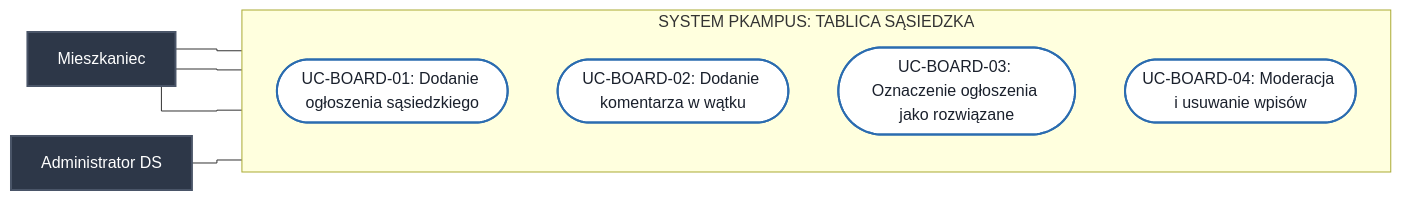
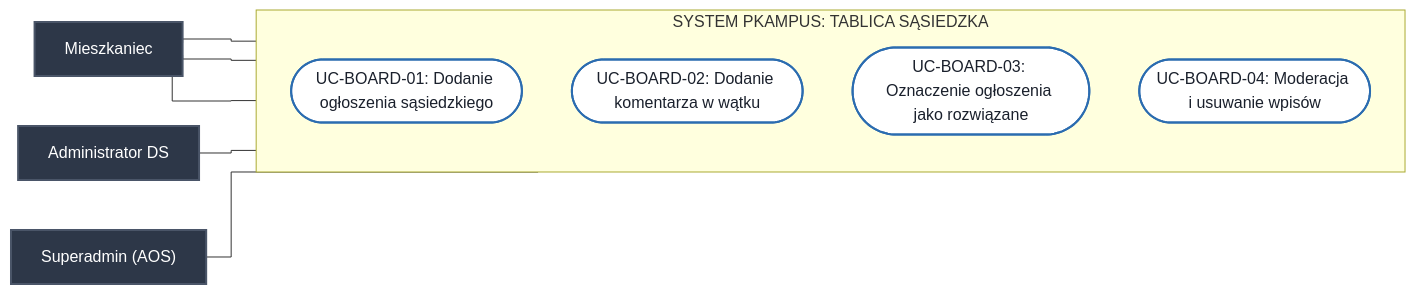
One commit to Buczy8/PKampus changed the sixth of 8 diagrams in Docs/Diagramy_Przypadkow_Uzycia.md. Above: the diagram before and after it, drawn with Mermaid. The commit also changed other lines of this file and 5 other files, not shown here.

Commit message:
docs: update C4 diagrams and ERD to clarify roles and interactions, including Superadmin responsibilities and user registration details

````diff
--- a/Docs/Diagramy_Przypadkow_Uzycia.md
+++ b/Docs/Diagramy_Przypadkow_Uzycia.md
@@ -219,24 +220,26 @@
 ```mermaid
 %%{init: {'flowchart': {'curve': 'stepBefore'}}}%%
 flowchart LR
     classDef actorStyle fill:#2d3748,stroke:#4a5568,stroke-width:2px,color:#fff;
     classDef ucStyle fill:#fff,stroke:#2b6cb0,stroke-width:2px,color:#1a202c;
 
     Student["Mieszkaniec"]:::actorStyle
 
     subgraph System_Board ["SYSTEM PKAMPUS: TABLICA SĄSIEDZKA"]
         direction TB
         UC_BOARD_01(["UC-BOARD-01: Dodanie ogłoszenia sąsiedzkiego"]):::ucStyle
         UC_BOARD_02(["UC-BOARD-02: Dodanie komentarza w wątku"]):::ucStyle
         UC_BOARD_03(["UC-BOARD-03: Oznaczenie ogłoszenia jako rozwiązane"]):::ucStyle
         UC_BOARD_04(["UC-BOARD-04: Moderacja i usuwanie wpisów"]):::ucStyle
     end
 
     AdminDS["Administrator DS"]:::actorStyle
+    SuperAdmin["Superadmin (AOS)"]:::actorStyle
 
     Student --- UC_BOARD_01
     Student --- UC_BOARD_02
     Student --- UC_BOARD_03
 
     AdminDS --- UC_BOARD_04
+    SuperAdmin --- UC_BOARD_04
 ```
````
